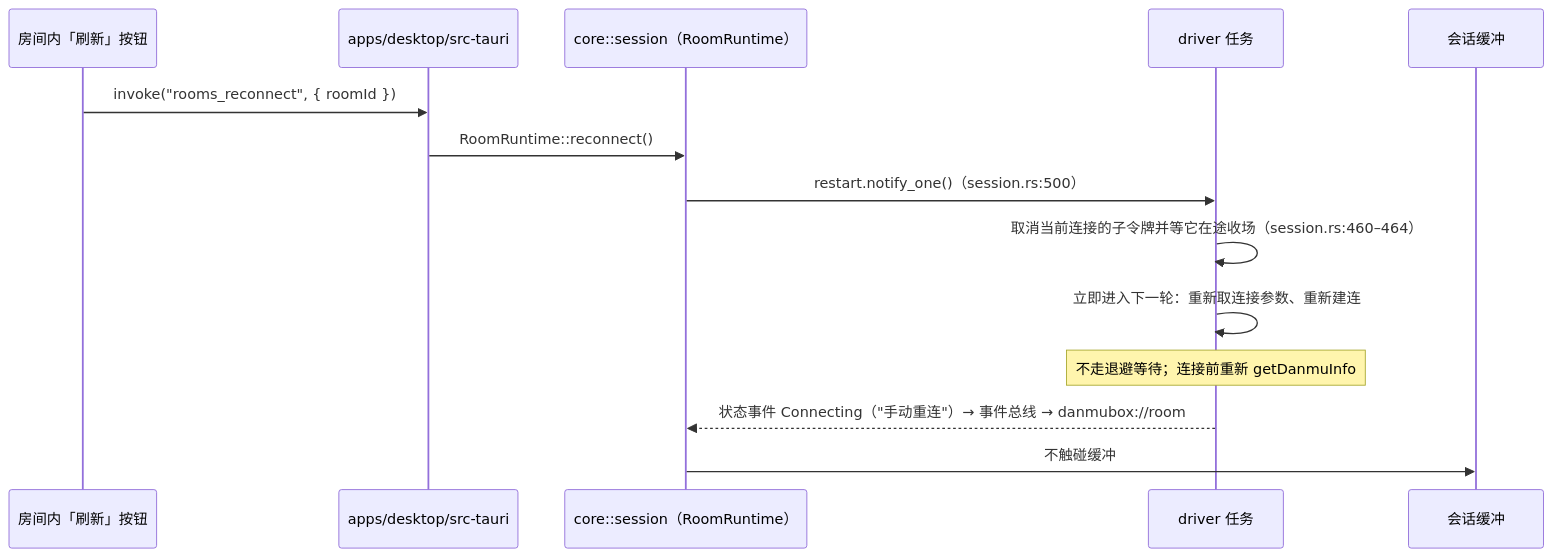
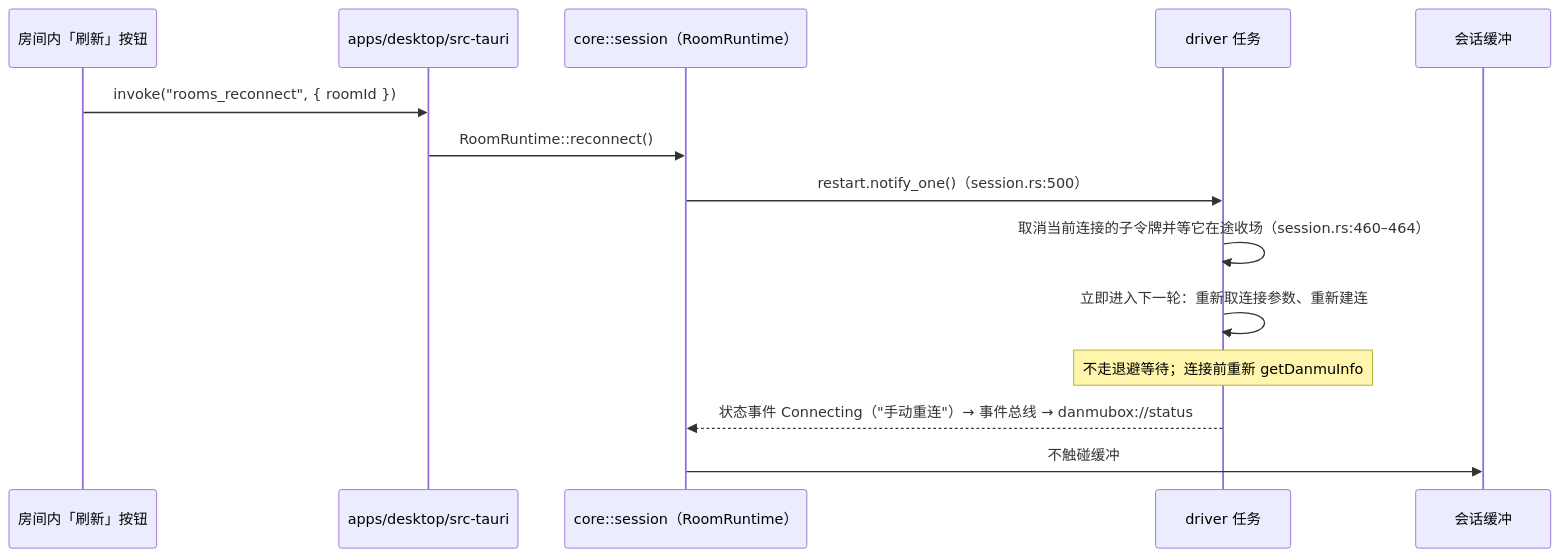
Before and after one commit to HakaseZ/danmubox: the fourth of 6 diagrams in docs/architecture.md, drawn with Mermaid. The commit also changed other lines of this file and 10 other files, not shown here.

````diff
--- a/docs/architecture.md
+++ b/docs/architecture.md
@@ -240,16 +240,16 @@
 ```mermaid
 sequenceDiagram
   participant U as 房间内「刷新」按钮
   participant C as apps/desktop/src-tauri
   participant S as core::session（RoomRuntime）
   participant D as driver 任务
   participant B as 会话缓冲
   U->>C: invoke("rooms_reconnect", { roomId })
   C->>S: RoomRuntime::reconnect()
   S->>D: restart.notify_one()（session.rs:500）
   D->>D: 取消当前连接的子令牌并等它在途收场（session.rs:460–464）
   D->>D: 立即进入下一轮：重新取连接参数、重新建连
   Note over D: 不走退避等待；连接前重新 getDanmuInfo
-  D-->>S: 状态事件 Connecting（"手动重连"）→ 事件总线 → danmubox://room
+  D-->>S: 状态事件 Connecting（"手动重连"）→ 事件总线 → danmubox://status
   S->>B: 不触碰缓冲
 ```
````
